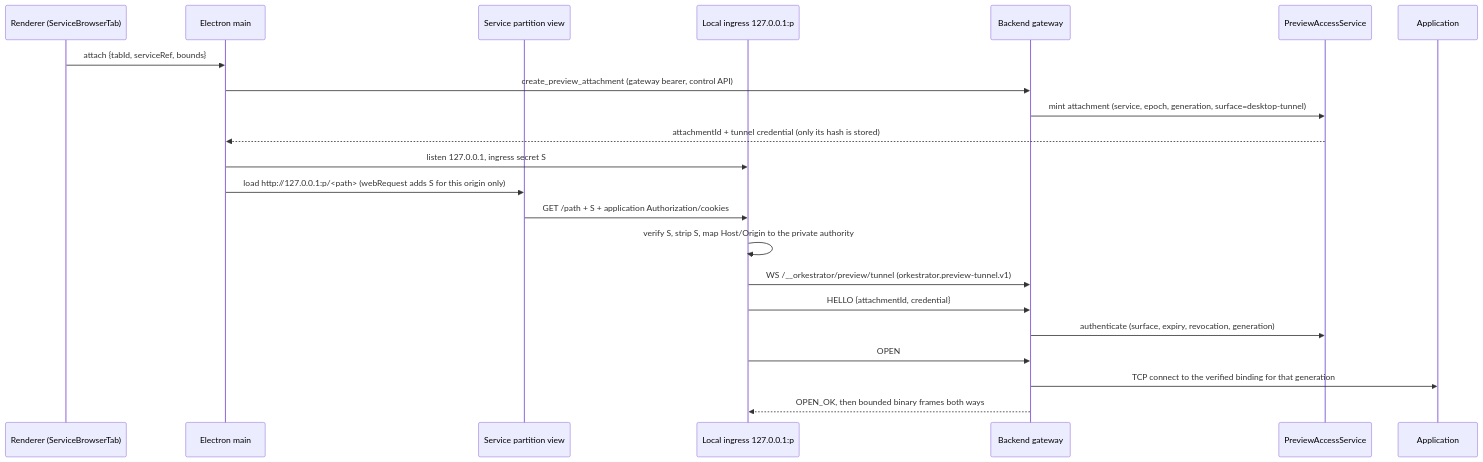
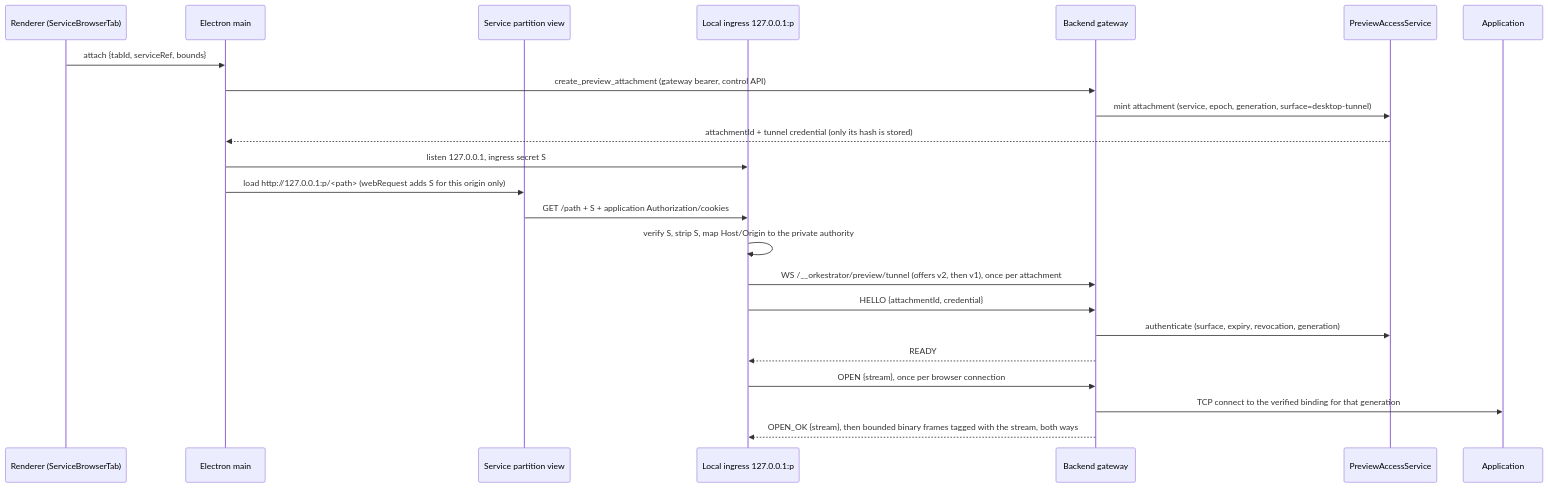
Before and after one commit to orkestrator-ai/orkestrator-v2: the diagram in docs/architecture/browser-previews.md, drawn with Mermaid. The commit also changed other lines of this file and 20 other files, not shown here.

````diff
--- a/docs/architecture/browser-previews.md
+++ b/docs/architecture/browser-previews.md
@@ -472,24 +483,25 @@
 ```mermaid
 sequenceDiagram
   participant R as Renderer (ServiceBrowserTab)
   participant M as Electron main
   participant V as Service partition view
   participant I as Local ingress 127.0.0.1:p
   participant G as Backend gateway
   participant A as PreviewAccessService
   participant U as Application
   R->>M: attach {tabId, serviceRef, bounds}
   M->>G: create_preview_attachment (gateway bearer, control API)
   G->>A: mint attachment (service, epoch, generation, surface=desktop-tunnel)
   A-->>M: attachmentId + tunnel credential (only its hash is stored)
   M->>I: listen 127.0.0.1, ingress secret S
   M->>V: load http://127.0.0.1:p/<path> (webRequest adds S for this origin only)
   V->>I: GET /path + S + application Authorization/cookies
   I->>I: verify S, strip S, map Host/Origin to the private authority
-  I->>G: WS /__orkestrator/preview/tunnel (orkestrator.preview-tunnel.v1)
+  I->>G: WS /__orkestrator/preview/tunnel (offers v2, then v1), once per attachment
   I->>G: HELLO {attachmentId, credential}
   G->>A: authenticate (surface, expiry, revocation, generation)
-  I->>G: OPEN
+  G-->>I: READY
+  I->>G: OPEN {stream}, once per browser connection
   G->>U: TCP connect to the verified binding for that generation
-  G-->>I: OPEN_OK, then bounded binary frames both ways
+  G-->>I: OPEN_OK {stream}, then bounded binary frames tagged with the stream, both ways
 ```
````
